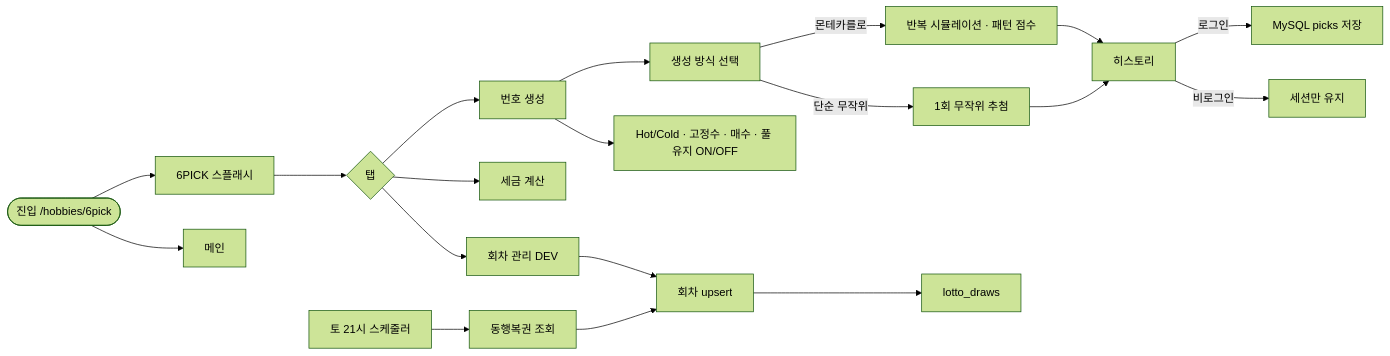
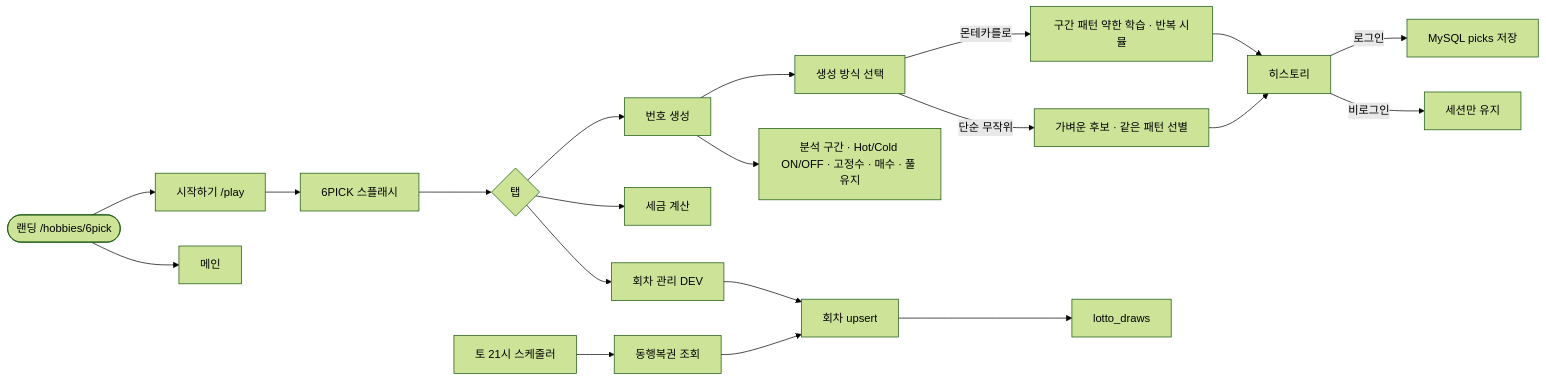
Before and after one commit to ohdeg/PBB: diagram 14 of 26 in docs/PBB-유저-흐름도.md, drawn with Mermaid (forest theme). The commit also changed other lines of this file and 206 other files, not shown here.

````diff
--- a/docs/PBB-유저-흐름도.md
+++ b/docs/PBB-유저-흐름도.md
@@ -339,21 +345,22 @@
 ```mermaid
 flowchart LR
-    enter([진입 /hobbies/6pick]) --> splash[6PICK 스플래시]
+    landing([랜딩 /hobbies/6pick]) --> play[시작하기 /play]
+    play --> splash[6PICK 스플래시]
     splash --> tabs{탭}
     tabs --> draw[번호 생성]
     tabs --> payout[세금 계산]
     tabs --> admin[회차 관리 DEV]
     draw --> mode[생성 방식 선택]
-    mode -->|"몬테카를로"| mc[반복 시뮬레이션 · 패턴 점수]
-    mode -->|"단순 무작위"| rnd[1회 무작위 추첨]
-    draw --> opts[Hot/Cold · 고정수 · 매수 · 풀 유지 ON/OFF]
+    mode -->|"몬테카를로"| mc[구간 패턴 약한 학습 · 반복 시뮬]
+    mode -->|"단순 무작위"| rnd[가벼운 후보 · 같은 패턴 선별]
+    draw --> opts[분석 구간 · Hot/Cold ON/OFF · 고정수 · 매수 · 풀 유지]
     mc --> hist[히스토리]
     rnd --> hist
     hist -->|"로그인"| saveApi[MySQL picks 저장]
     hist -->|"비로그인"| localOnly[세션만 유지]
     admin --> upsert[회차 upsert]
     sched[토 21시 스케줄러] --> dhl[동행복권 조회]
     dhl --> upsert
     upsert --> drawsDb[lotto_draws]
-    enter --> back[메인]
+    landing --> back[메인]
 ```
````
